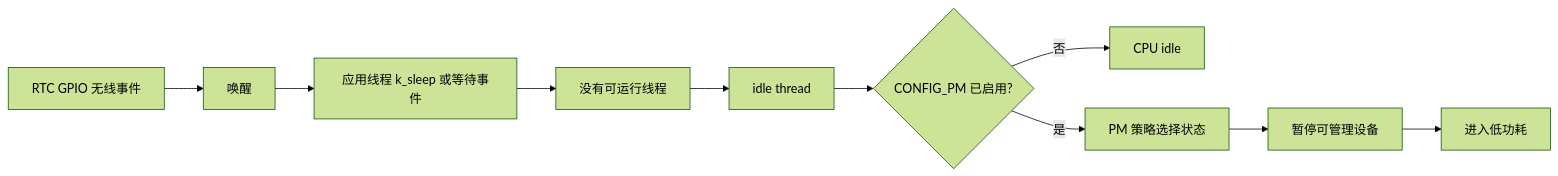
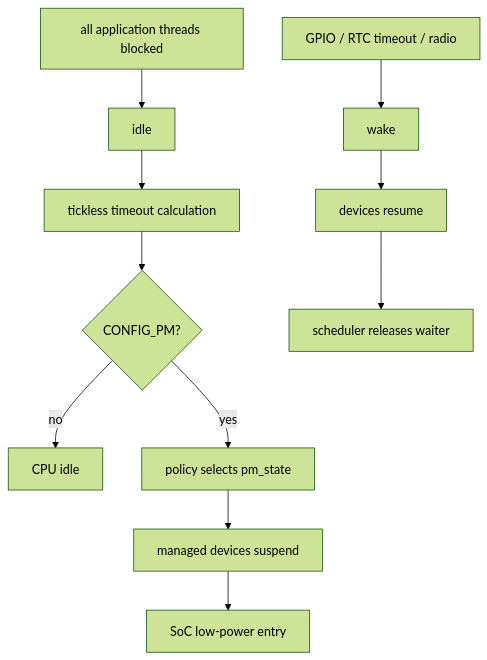
The first of 2 diagrams in docs/articles/zephyr/zephyr-17-power-management.md (cdragon-ljl/EEandEdgeAI), drawn with Mermaid (forest theme) before and after one commit. The commit also changed other lines of this file and 35 other files, not shown here.

````diff
--- a/docs/articles/zephyr/zephyr-17-power-management.md
+++ b/docs/articles/zephyr/zephyr-17-power-management.md
@@ -17,12 +29,13 @@
 ```mermaid
-flowchart LR
-    A[应用线程 k_sleep 或等待事件] --> B[没有可运行线程]
-    B --> C[idle thread]
-    C --> D{CONFIG_PM 已启用?}
-    D -->|否| E[CPU idle]
-    D -->|是| F[PM 策略选择状态]
-    F --> G[暂停可管理设备]
-    G --> H[进入低功耗]
-    I[RTC GPIO 无线事件] --> J[唤醒]
-    J --> A
+flowchart TD
+    A[all application threads blocked] --> B[idle]
+    B --> C[tickless timeout calculation]
+    C --> D{CONFIG_PM?}
+    D -->|no| E[CPU idle]
+    D -->|yes| F[policy selects pm_state]
+    F --> G[managed devices suspend]
+    G --> H[SoC low-power entry]
+    I[GPIO / RTC timeout / radio] --> J[wake]
+    J --> K[devices resume]
+    K --> L[scheduler releases waiter]
 ```
````
